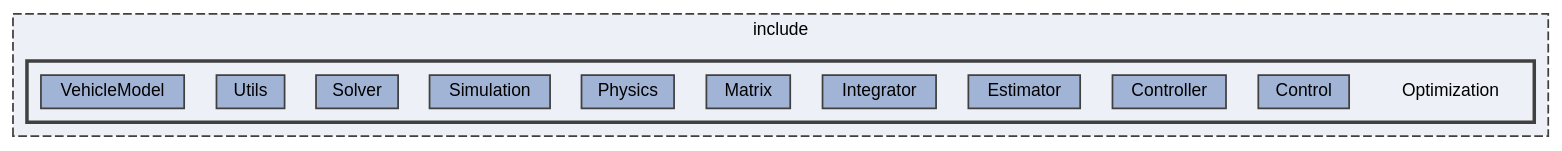
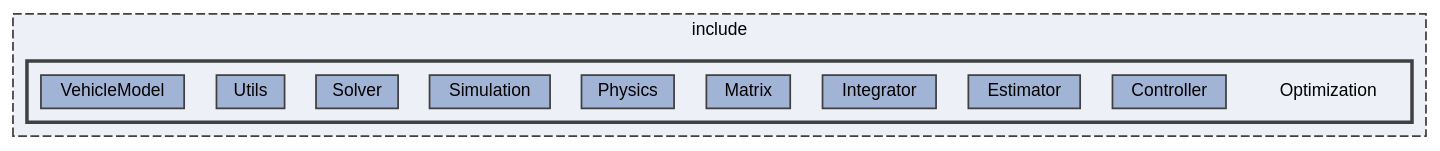
Before and after one commit to jswoo0615/Algorithms_for_Optimization_cpp: the diagram in dir_976444ffbcd0cf7e59138d237483c157_dep.dot, drawn with Graphviz. The commit also changed 62 other files, not shown here.

```diff
--- a/dir_976444ffbcd0cf7e59138d237483c157_dep.dot
+++ b/dir_976444ffbcd0cf7e59138d237483c157_dep.dot
@@ -1,25 +1,24 @@
 digraph "include/Optimization"
 {
  // LATEX_PDF_SIZE
   bgcolor="transparent";
   edge [fontname=Helvetica,fontsize=10,labelfontname=Helvetica,labelfontsize=10];
   node [fontname=Helvetica,fontsize=10,shape=box,height=0.2,width=0.4];
   compound=true
   subgraph clusterdir_d44c64559bbebec7f509842c48db8b23 {
     graph [ bgcolor="#edf0f7", pencolor="grey25", label="include", fontname=Helvetica,fontsize=10 style="filled,dashed", URL="dir_d44c64559bbebec7f509842c48db8b23.html",tooltip=""]
   subgraph clusterdir_976444ffbcd0cf7e59138d237483c157 {
     graph [ bgcolor="#edf0f7", pencolor="grey25", label="", fontname=Helvetica,fontsize=10 style="filled,bold", URL="dir_976444ffbcd0cf7e59138d237483c157.html",tooltip=""]
     dir_976444ffbcd0cf7e59138d237483c157 [shape=plaintext, label="Optimization"];
-  dir_b0eb23d7880c1ce496ccacf085fb439e [label="Control", fillcolor="#a2b4d6", color="grey25", style="filled", URL="dir_b0eb23d7880c1ce496ccacf085fb439e.html",tooltip=""];
   dir_3f22f93b4ba8fdbcad8dad713ea8d812 [label="Controller", fillcolor="#a2b4d6", color="grey25", style="filled", URL="dir_3f22f93b4ba8fdbcad8dad713ea8d812.html",tooltip=""];
   dir_35803f28ddd8581dd8a383dd83d5b439 [label="Estimator", fillcolor="#a2b4d6", color="grey25", style="filled", URL="dir_35803f28ddd8581dd8a383dd83d5b439.html",tooltip=""];
   dir_5bb25db18c853031f62decd1534aca17 [label="Integrator", fillcolor="#a2b4d6", color="grey25", style="filled", URL="dir_5bb25db18c853031f62decd1534aca17.html",tooltip=""];
   dir_a66bc7e01f4013e53ad389310fb0c51c [label="Matrix", fillcolor="#a2b4d6", color="grey25", style="filled", URL="dir_a66bc7e01f4013e53ad389310fb0c51c.html",tooltip=""];
   dir_7cd0d73341d495ff5d164ebc59a94c80 [label="Physics", fillcolor="#a2b4d6", color="grey25", style="filled", URL="dir_7cd0d73341d495ff5d164ebc59a94c80.html",tooltip=""];
   dir_a867165be1459a38b824a228c75e4073 [label="Simulation", fillcolor="#a2b4d6", color="grey25", style="filled", URL="dir_a867165be1459a38b824a228c75e4073.html",tooltip=""];
   dir_344cbd1bd00ec6f2cef44081d8425e41 [label="Solver", fillcolor="#a2b4d6", color="grey25", style="filled", URL="dir_344cbd1bd00ec6f2cef44081d8425e41.html",tooltip=""];
   dir_013ce47b0317910e8c41901b85525900 [label="Utils", fillcolor="#a2b4d6", color="grey25", style="filled", URL="dir_013ce47b0317910e8c41901b85525900.html",tooltip=""];
   dir_8efc3cca00435a7f2971e9aa93900fda [label="VehicleModel", fillcolor="#a2b4d6", color="grey25", style="filled", URL="dir_8efc3cca00435a7f2971e9aa93900fda.html",tooltip=""];
   }
   }
 }
```
